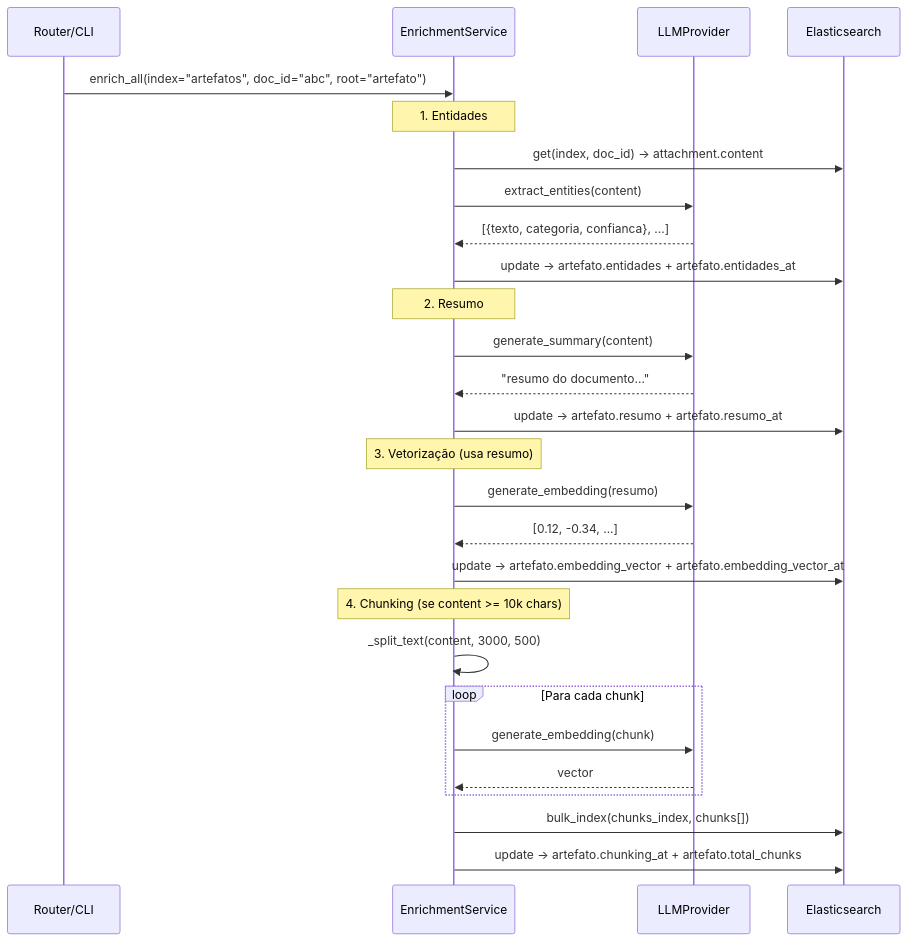
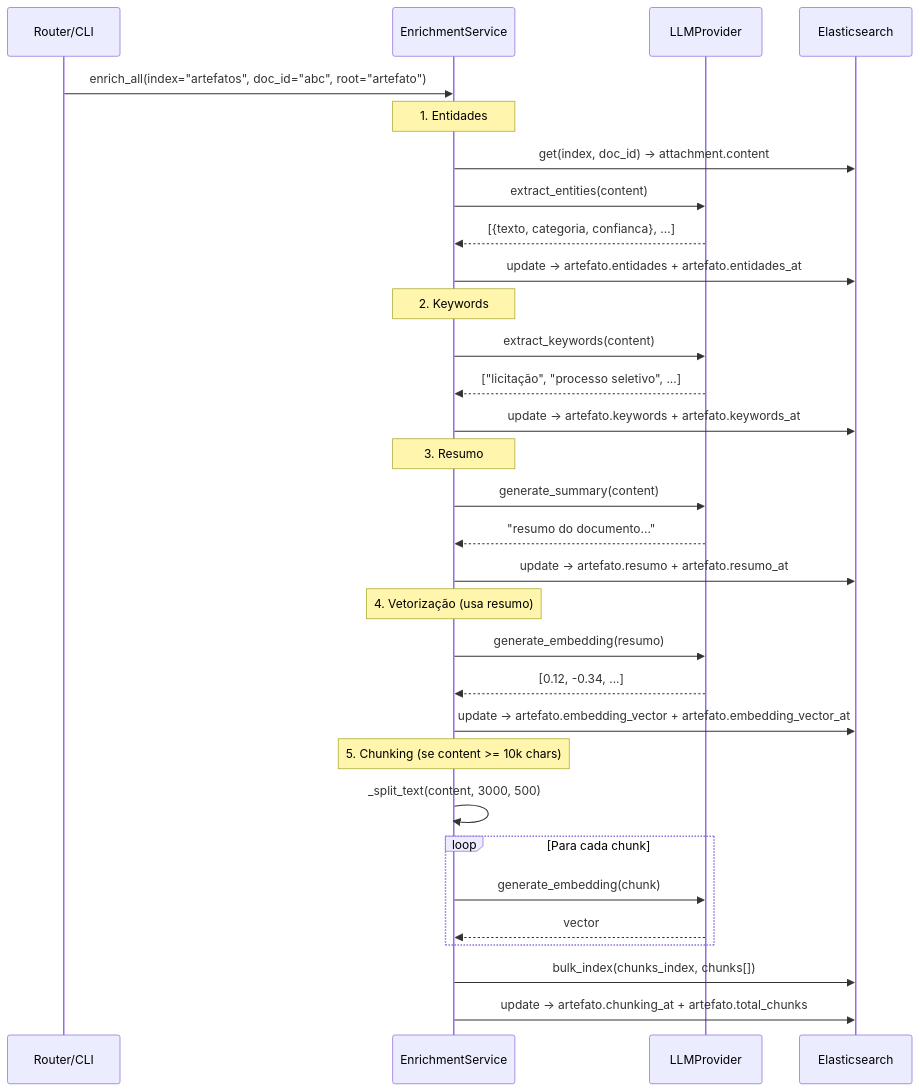
The second of 4 diagrams in specs/starter/init/design.md (thiagok2/iuna-api), drawn with Mermaid before and after one commit. The commit also changed other lines of this file and 5 other files, not shown here.

````diff
--- a/specs/starter/init/design.md
+++ b/specs/starter/init/design.md
@@ -2200,34 +2240,39 @@
 ```mermaid
 sequenceDiagram
     participant Caller as Router/CLI
     participant Enrich as EnrichmentService
     participant LLM as LLMProvider
     participant ES as Elasticsearch
 
     Caller->>Enrich: enrich_all(index="artefatos", doc_id="abc", root="artefato")
 
     Note over Enrich: 1. Entidades
     Enrich->>ES: get(index, doc_id) → attachment.content
     Enrich->>LLM: extract_entities(content)
     LLM-->>Enrich: [{texto, categoria, confianca}, ...]
     Enrich->>ES: update → artefato.entidades + artefato.entidades_at
 
-    Note over Enrich: 2. Resumo
+    Note over Enrich: 2. Keywords
+    Enrich->>LLM: extract_keywords(content)
+    LLM-->>Enrich: ["licitação", "processo seletivo", ...]
+    Enrich->>ES: update → artefato.keywords + artefato.keywords_at
+
+    Note over Enrich: 3. Resumo
     Enrich->>LLM: generate_summary(content)
     LLM-->>Enrich: "resumo do documento..."
     Enrich->>ES: update → artefato.resumo + artefato.resumo_at
 
-    Note over Enrich: 3. Vetorização (usa resumo)
+    Note over Enrich: 4. Vetorização (usa resumo)
     Enrich->>LLM: generate_embedding(resumo)
     LLM-->>Enrich: [0.12, -0.34, ...]
     Enrich->>ES: update → artefato.embedding_vector + artefato.embedding_vector_at
 
-    Note over Enrich: 4. Chunking (se content >= 10k chars)
+    Note over Enrich: 5. Chunking (se content >= 10k chars)
     Enrich->>Enrich: _split_text(content, 3000, 500)
     loop Para cada chunk
         Enrich->>LLM: generate_embedding(chunk)
         LLM-->>Enrich: vector
     end
     Enrich->>ES: bulk_index(chunks_index, chunks[])
     Enrich->>ES: update → artefato.chunking_at + artefato.total_chunks
 ```
````
